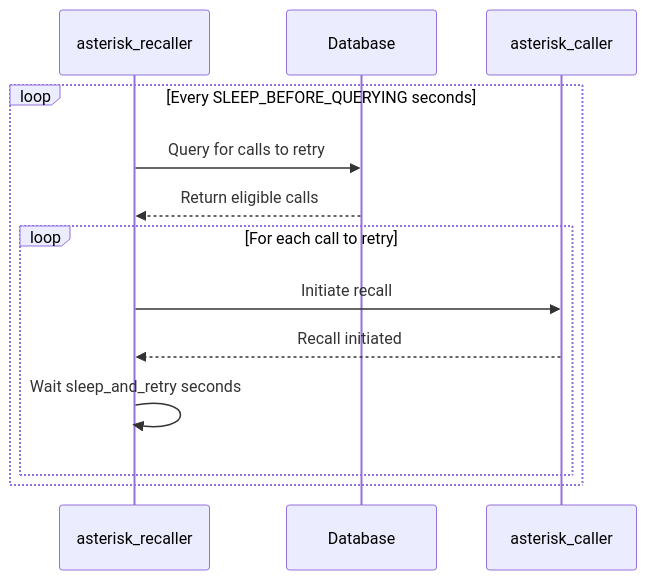
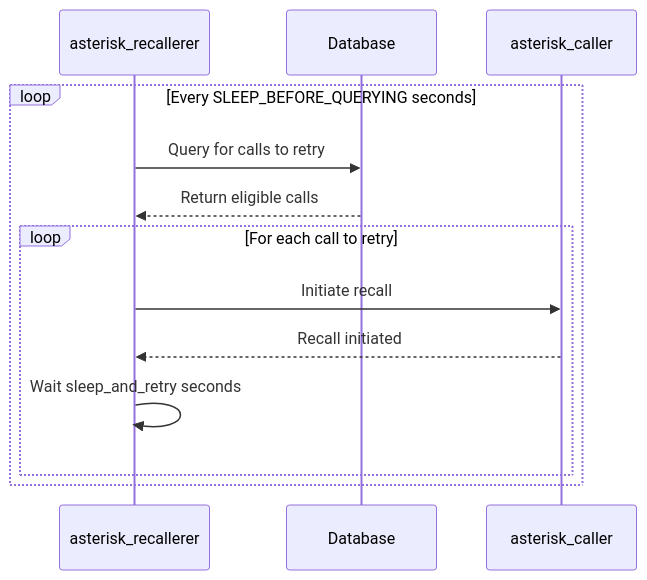
One commit to jcfdeb/py-phone-caller changed the fourth of 21 diagrams in docs/py-phone-caller_2025.05.md. Above: the diagram before and after it, drawn with Mermaid. The commit also changed other lines of this file and 217 other files, not shown here.

````diff
--- a/docs/py-phone-caller_2025.05.md
+++ b/docs/py-phone-caller_2025.05.md
@@ -140,17 +198,17 @@
 ```mermaid
 sequenceDiagram
-    participant AR as asterisk_recaller
+    participant AR as asterisk_recallerer
     participant DB as Database
     participant AC as asterisk_caller
 
     loop Every SLEEP_BEFORE_QUERYING seconds
         AR->>DB: Query for calls to retry
         DB-->>AR: Return eligible calls
 
         loop For each call to retry
             AR->>AC: Initiate recall
             AC-->>AR: Recall initiated
             AR->>AR: Wait sleep_and_retry seconds
         end
     end
 ```
````
